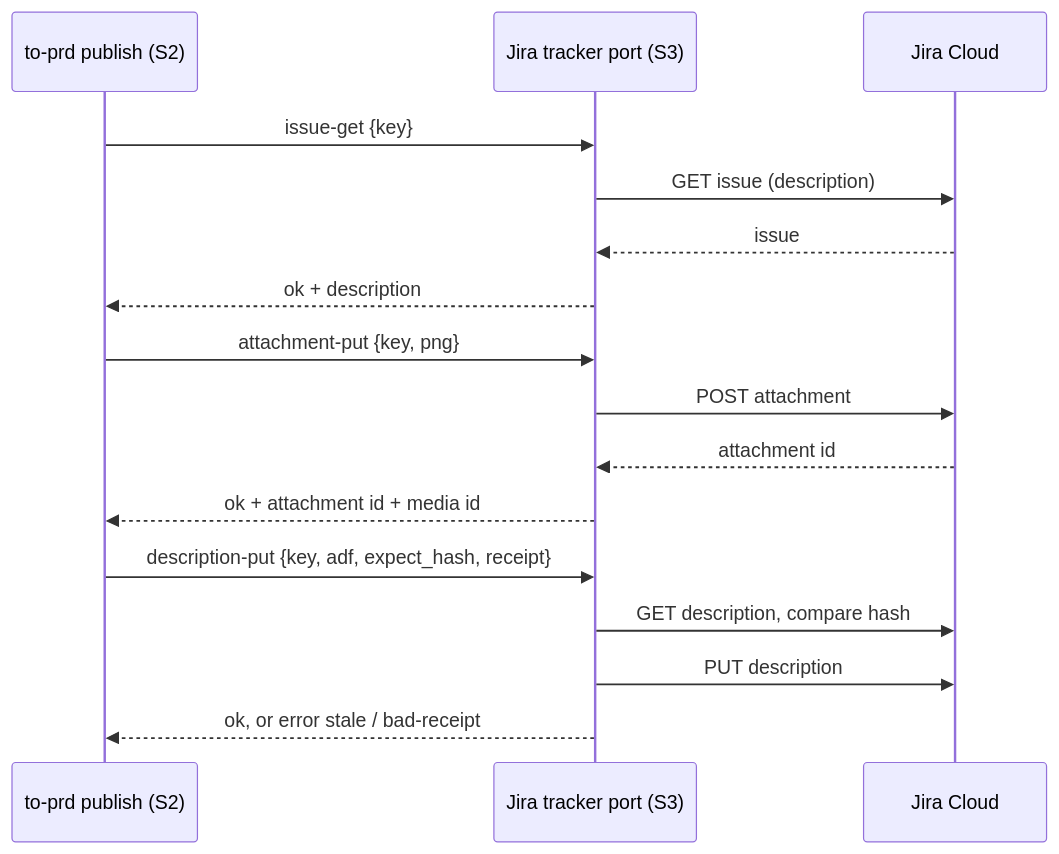
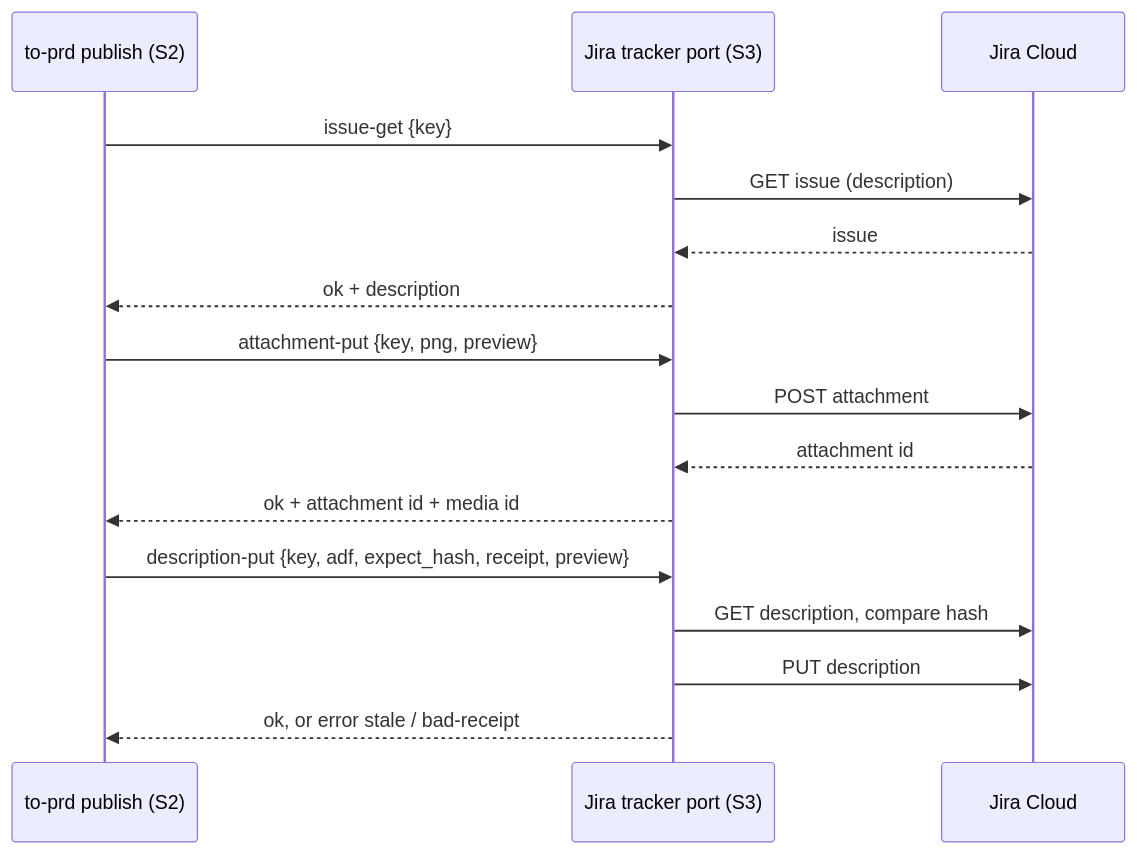
Before and after one commit to midnightblur/afk-driver: the third of 9 diagrams in docs/afk/afkv2/SDD.md, drawn with Mermaid. The commit also changed other lines of this file, not shown here.

First line of the commit message:
afkv2: SDD — freeze config file, fired record, publish preview; 2 more v1-defect rows

````diff
--- a/docs/afk/afkv2/SDD.md
+++ b/docs/afk/afkv2/SDD.md
@@ -92,18 +92,18 @@
 ```mermaid
 sequenceDiagram
   participant P as to-prd publish (S2)
   participant T as Jira tracker port (S3)
   participant J as Jira Cloud
   P->>T: issue-get {key}
   T->>J: GET issue (description)
   J-->>T: issue
   T-->>P: ok + description
-  P->>T: attachment-put {key, png}
+  P->>T: attachment-put {key, png, preview}
   T->>J: POST attachment
   J-->>T: attachment id
   T-->>P: ok + attachment id + media id
-  P->>T: description-put {key, adf, expect_hash, receipt}
+  P->>T: description-put {key, adf, expect_hash, receipt, preview}
   T->>J: GET description, compare hash
   T->>J: PUT description
   T-->>P: ok, or error stale / bad-receipt
 ```
````
